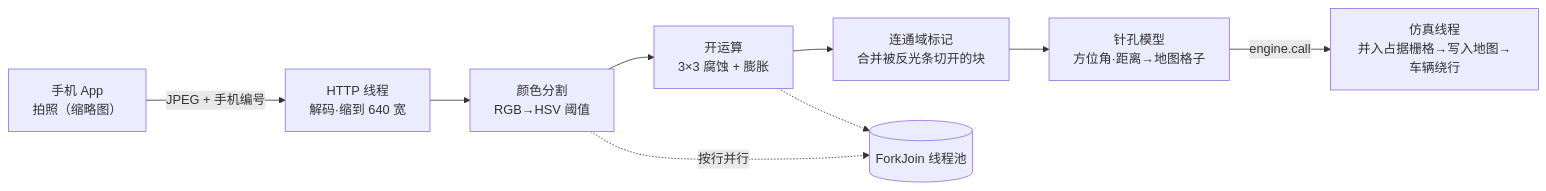
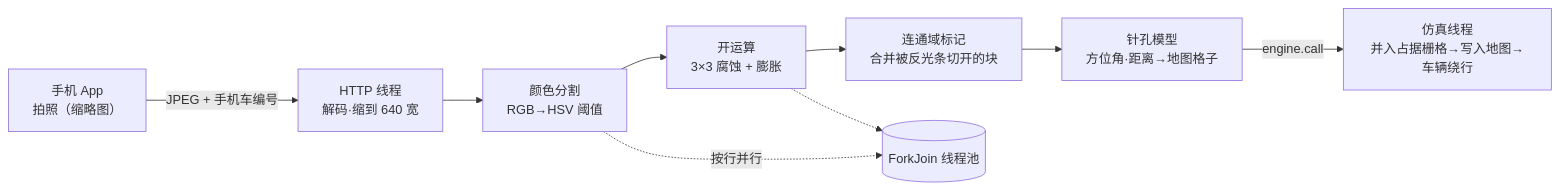
Before and after one commit to fuzeliang1/ZongC: the sixth of 6 diagrams in docs/architecture.md, drawn with Mermaid. The commit also changed other lines of this file and 113 other files, not shown here.

````diff
--- a/docs/architecture.md
+++ b/docs/architecture.md
@@ -250,11 +253,11 @@
 ```mermaid
 flowchart LR
-    PH["手机 App<br/>拍照（缩略图）"] -->|"JPEG + 手机编号"| API["HTTP 线程<br/>解码·缩到 640 宽"]
+    PH["手机 App<br/>拍照（缩略图）"] -->|"JPEG + 手机车编号"| API["HTTP 线程<br/>解码·缩到 640 宽"]
     API --> SEG["颜色分割<br/>RGB→HSV 阈值"]
     SEG --> MOR["开运算<br/>3×3 腐蚀 + 膨胀"]
     MOR --> CC["连通域标记<br/>合并被反光条切开的块"]
     CC --> GEO["针孔模型<br/>方位角·距离→地图格子"]
     GEO -->|"engine.call"| SIM["仿真线程<br/>并入占据栅格→写入地图→车辆绕行"]
     SEG -.->|"按行并行"| FJ[("ForkJoin 线程池")]
     MOR -.-> FJ
 ```
````
